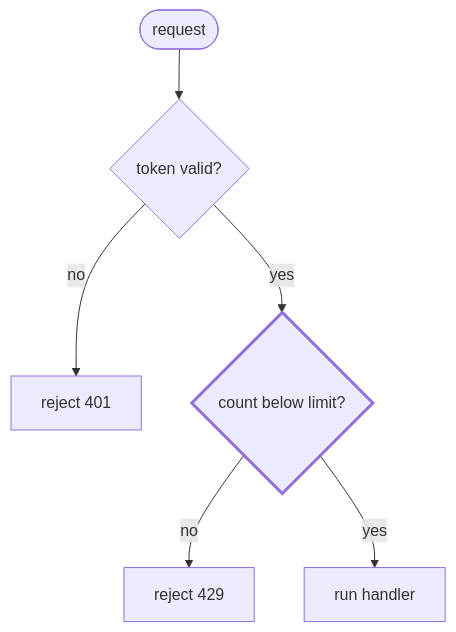
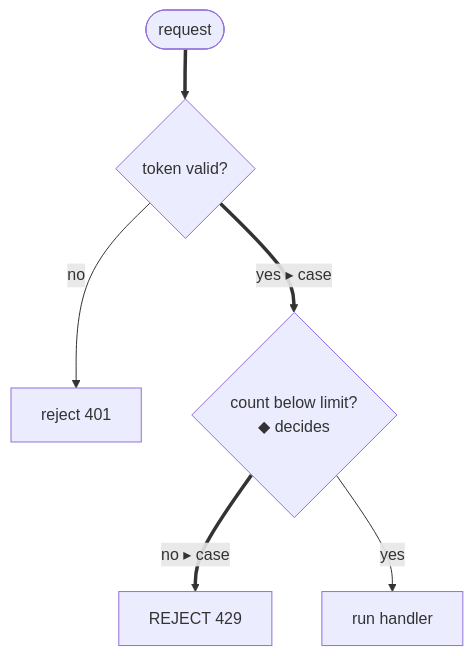
The first of 3 diagrams in visualizing/FORMS.md (mknw/muster-skills), drawn with Mermaid before and after one commit. The commit also changed other lines of this file and 5 other files, not shown here.

````diff
--- a/visualizing/FORMS.md
+++ b/visualizing/FORMS.md
@@ -33,10 +11,8 @@
 ```mermaid
 flowchart TD
-  A([request]) --> B{token valid?}
+  A([request]) ==> B{token valid?}
   B -- no --> X[reject 401]
-  B -- yes --> C{count below limit?}
-  C -- no --> Y[reject 429]
+  B == "yes ▸ case" ==> C{"count below limit?<br>◆ decides"}
+  C == "no ▸ case" ==> Y[REJECT 429]
   C -- yes --> D[run handler]
-  class C decides
-  classDef decides stroke-width:3px
 ```
````
